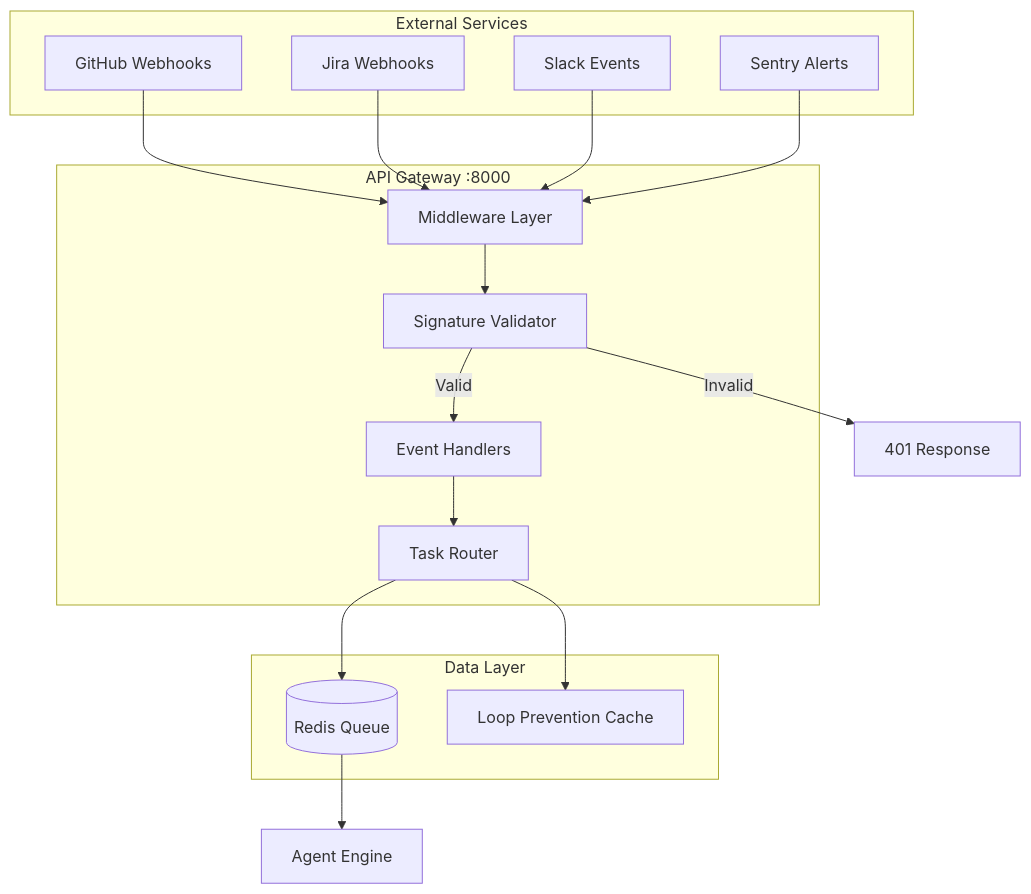
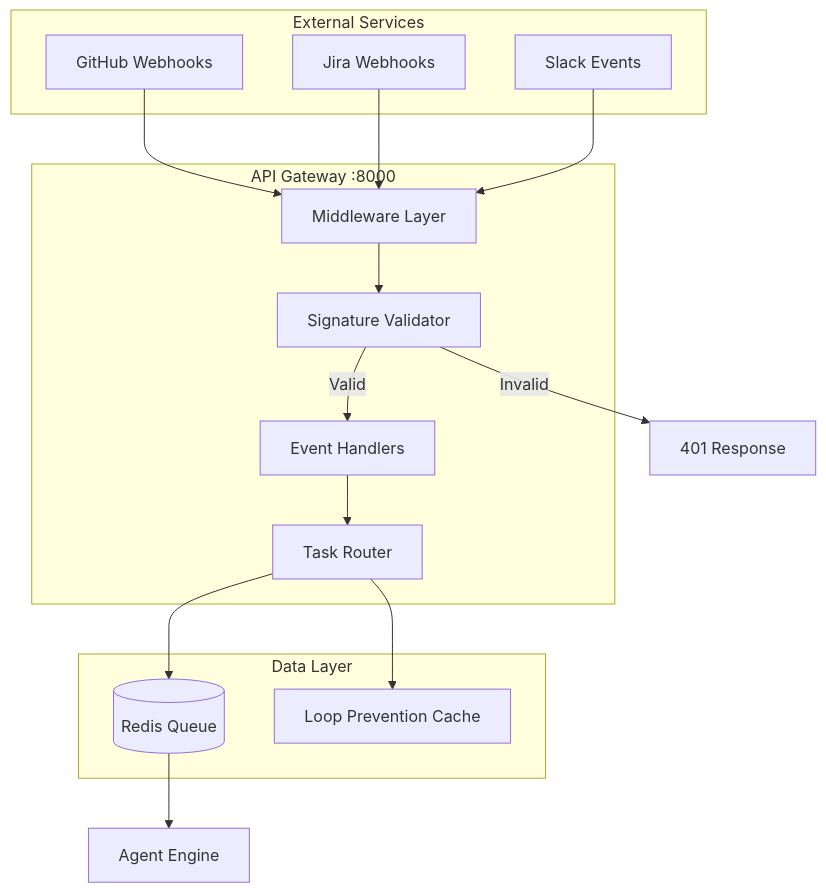
The first of 3 diagrams in api-gateway/docs/ARCHITECTURE.md (rom-orlovich/groote-ai), drawn with Mermaid before and after one commit. The commit also changed other lines of this file and 52 other files, not shown here.

````diff
--- a/api-gateway/docs/ARCHITECTURE.md
+++ b/api-gateway/docs/ARCHITECTURE.md
@@ -16,36 +16,34 @@
 ```mermaid
 graph TB
     subgraph External["External Services"]
         GH[GitHub Webhooks]
         JR[Jira Webhooks]
         SL[Slack Events]
-        SE[Sentry Alerts]
     end
 
     subgraph Gateway["API Gateway :8000"]
         MW[Middleware Layer]
         VAL[Signature Validator]
         HND[Event Handlers]
         RT[Task Router]
     end
 
     subgraph Storage["Data Layer"]
         RD[(Redis Queue)]
         LP[Loop Prevention Cache]
     end
 
     GH --> MW
     JR --> MW
     SL --> MW
-    SE --> MW
 
     MW --> VAL
     VAL -->|Valid| HND
     VAL -->|Invalid| R401[401 Response]
 
     HND --> RT
     RT --> RD
     RT --> LP
 
     RD --> AE[Agent Engine]
 ```
````
